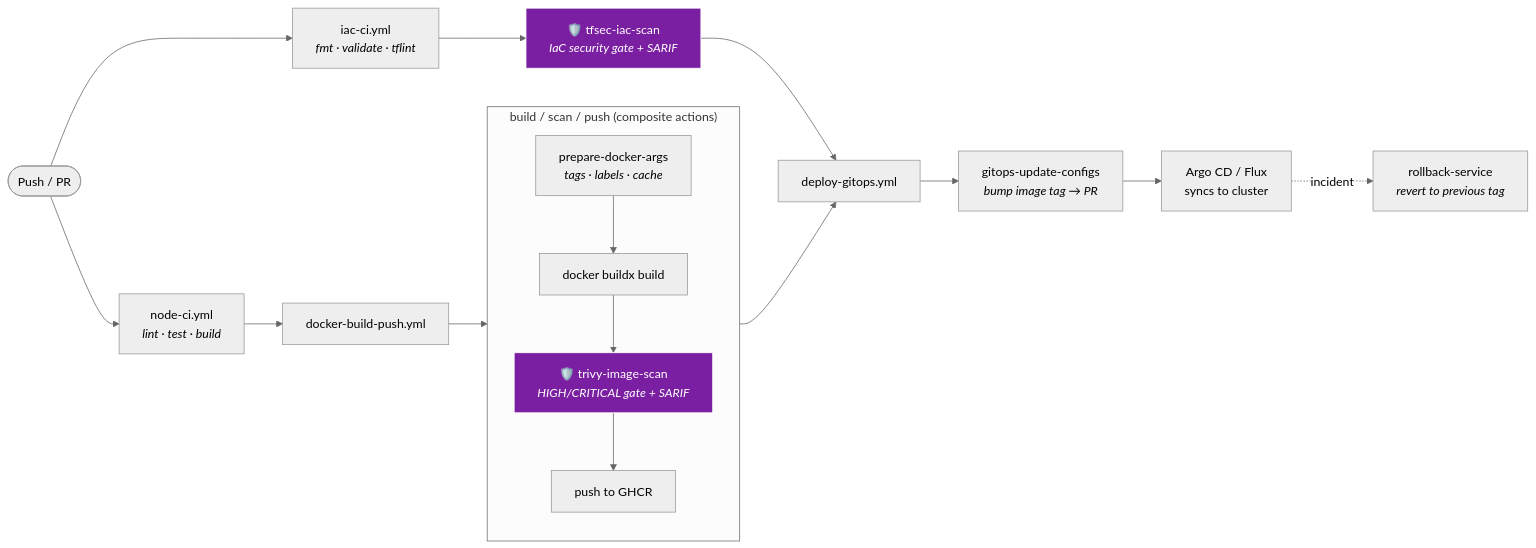
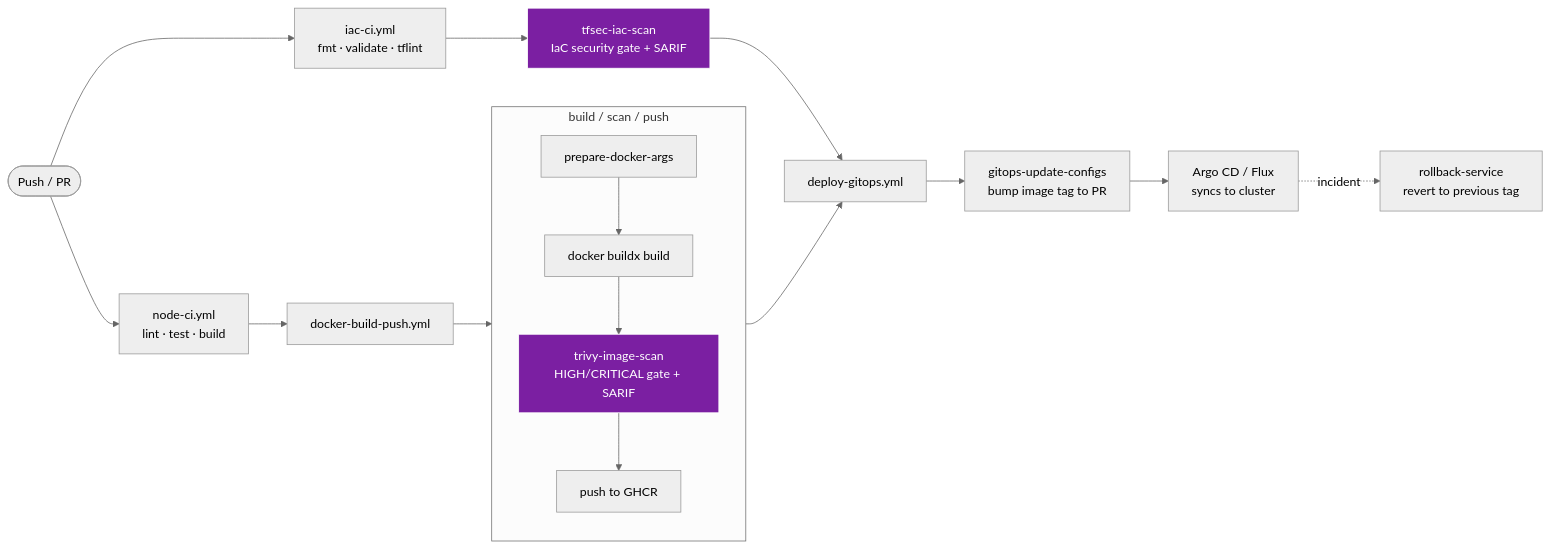
Before and after one commit to Muhammad-Imad/reusable-github-actions: the diagram in README.md, drawn with Mermaid (neutral theme). The commit also changed other lines of this file, not shown here.

Commit message:
Rewrite pipeline diagram in robust Mermaid form (fix render)

````diff
--- a/README.md
+++ b/README.md
@@ -15,24 +15,34 @@
 ```mermaid
 flowchart LR
-    push([Push / PR]) --> ci["node-ci.yml<br/><i>lint · test · build</i>"]
-    push --> iac["iac-ci.yml<br/><i>fmt · validate · tflint</i>"]
+    push(["Push / PR"])
+    ci["node-ci.yml<br/>lint · test · build"]
+    iac["iac-ci.yml<br/>fmt · validate · tflint"]
+    sec1["tfsec-iac-scan<br/>IaC security gate + SARIF"]
+    build["docker-build-push.yml"]
+    deploy["deploy-gitops.yml"]
+    a5["gitops-update-configs<br/>bump image tag to PR"]
+    argo["Argo CD / Flux<br/>syncs to cluster"]
+    rb["rollback-service<br/>revert to previous tag"]
 
-    iac --> sec1["🛡️ tfsec-iac-scan<br/><i>IaC security gate + SARIF</i>"]:::sec
-    ci --> build["docker-build-push.yml"]
+    push --> ci
+    push --> iac
+    iac --> sec1
 
-    subgraph build_steps["build / scan / push (composite actions)"]
+    ci --> build
+    subgraph build_steps["build / scan / push"]
         direction TB
-        a1["prepare-docker-args<br/><i>tags · labels · cache</i>"] --> a2["docker buildx build"]
-        a2 --> sec2["🛡️ trivy-image-scan<br/><i>HIGH/CRITICAL gate + SARIF</i>"]:::sec
+        a1["prepare-docker-args"] --> a2["docker buildx build"]
+        a2 --> sec2["trivy-image-scan<br/>HIGH/CRITICAL gate + SARIF"]
         sec2 --> a4["push to GHCR"]
     end
     build --> build_steps
 
     sec1 --> deploy
-    build_steps --> deploy["deploy-gitops.yml"]
-    deploy --> a5["gitops-update-configs<br/><i>bump image tag → PR</i>"]
-    a5 --> argo["Argo CD / Flux<br/>syncs to cluster"]
-    argo -. "incident" .-> rb["rollback-service<br/><i>revert to previous tag</i>"]
+    build_steps --> deploy
+    deploy --> a5
+    a5 --> argo
+    argo -. incident .-> rb
 
-    classDef sec fill:#7B1FA2,stroke:#fff,stroke-width:1px,color:#fff;
+    classDef sec fill:#7B1FA2,stroke:#ffffff,color:#ffffff;
+    class sec1,sec2 sec
 ```
````
